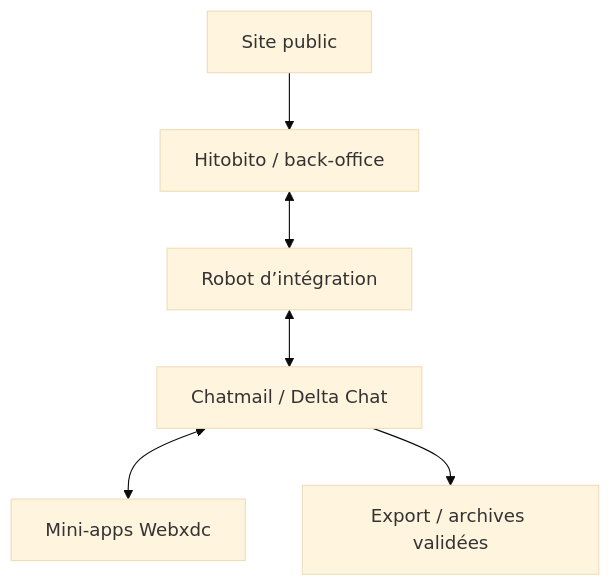
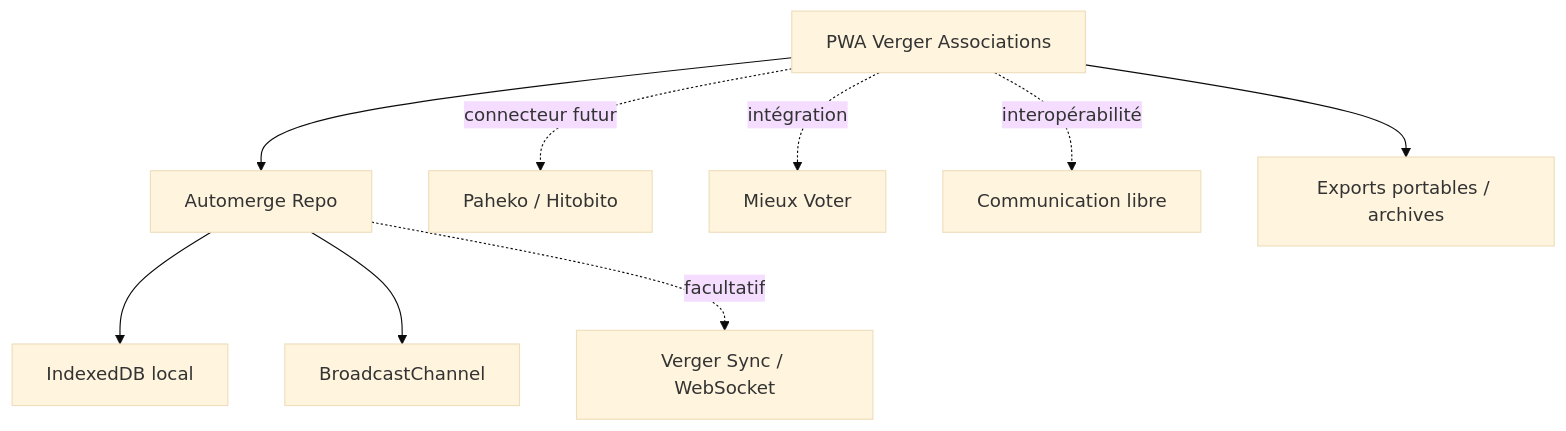
One commit to jasmin-abernathy/verger-associations changed the diagram in docs/ARCHITECTURE.md. Above: the diagram before and after it, drawn with Mermaid (base theme). The commit also changed other lines of this file and 36 other files, not shown here.

Commit message:
Pivot Verger Associations to autonomous local-first PWA [skip ci]

````diff
--- a/docs/ARCHITECTURE.md
+++ b/docs/ARCHITECTURE.md
@@ -18,8 +7,11 @@
 ```mermaid
 flowchart TD
-    H["Hitobito / back-office"] <--> B["Robot d’intégration"]
-    B <--> C["Chatmail / Delta Chat"]
-    C <--> W["Mini-apps Webxdc"]
-    S["Site public"] --> H
-    C --> A["Export / archives validées"]
+    U["PWA Verger Associations"] --> L["Automerge Repo"]
+    L --> I["IndexedDB local"]
+    L --> B["BroadcastChannel"]
+    L -. facultatif .-> S["Verger Sync / WebSocket"]
+    U -. connecteur futur .-> P["Paheko / Hitobito"]
+    U -. intégration .-> M["Mieux Voter"]
+    U -. interopérabilité .-> C["Communication libre"]
+    U --> E["Exports portables / archives"]
 ```
````
